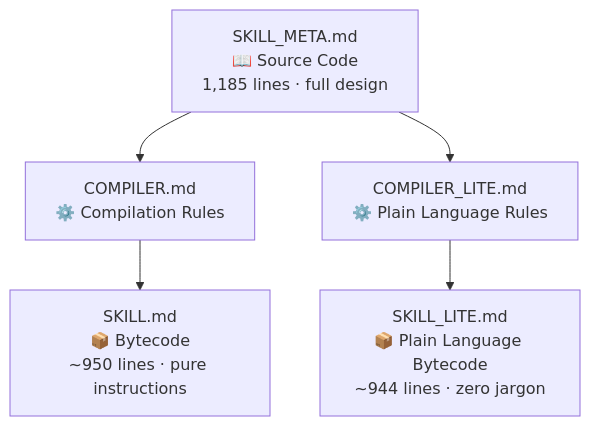
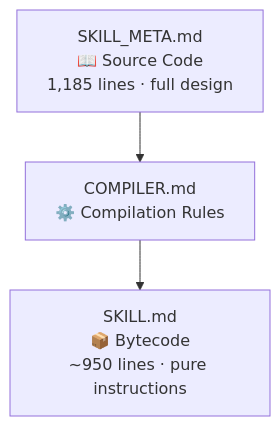
One commit to share-skills/pi changed the first of 2 diagrams in docs/WHY_COMPILER.en.md. Above: the diagram before and after it, drawn with Mermaid. The commit also changed other lines of this file and 26 other files, not shown here.

````diff
--- a/docs/WHY_COMPILER.en.md
+++ b/docs/WHY_COMPILER.en.md
@@ -38,11 +38,8 @@
 ```mermaid
 flowchart TD
     META["SKILL_META.md<br/>📖 Source Code<br/>1,185 lines · full design"]
     COMPILER["COMPILER.md<br/>⚙️ Compilation Rules"]
-    COMPILER_LITE["COMPILER_LITE.md<br/>⚙️ Plain Language Rules"]
     SKILL["SKILL.md<br/>📦 Bytecode<br/>~950 lines · pure instructions"]
-    LITE["SKILL_LITE.md<br/>📦 Plain Language Bytecode<br/>~944 lines · zero jargon"]
 
     META --> COMPILER --> SKILL
-    META --> COMPILER_LITE --> LITE
 ```
````
